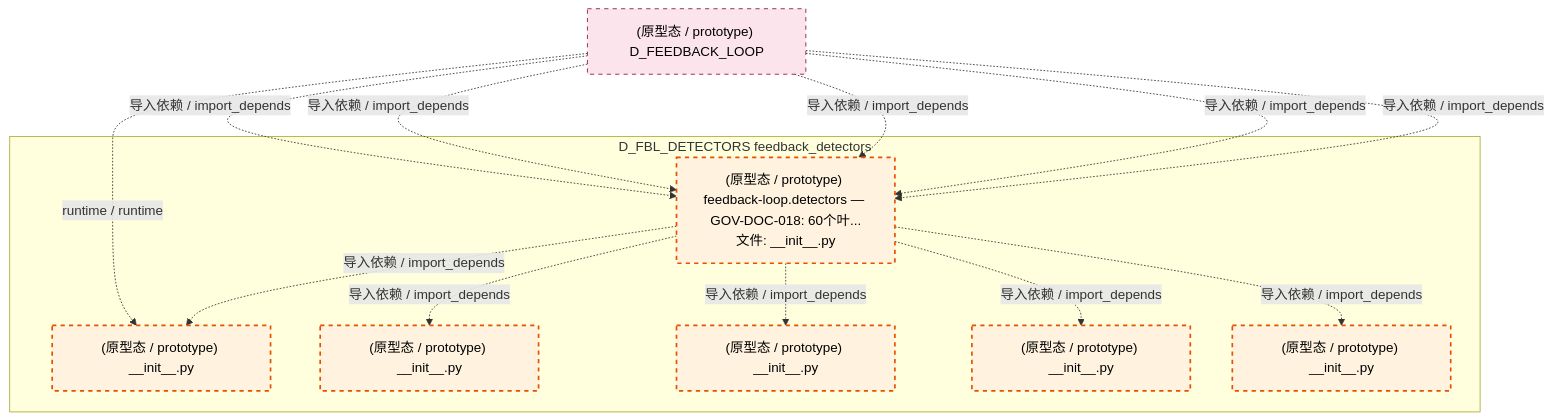
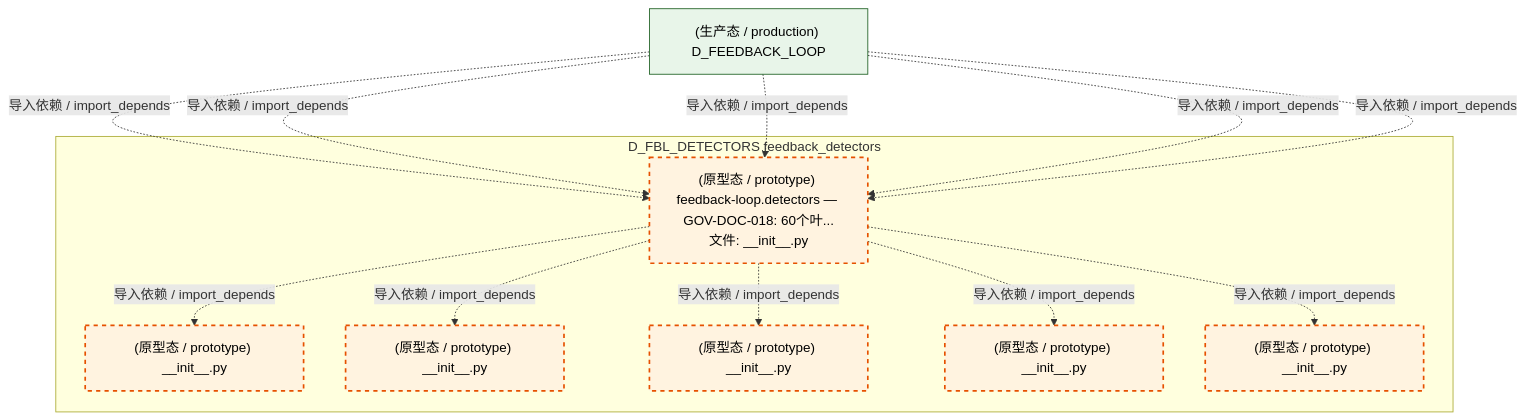
One commit to xuanFelixVan/ZephyrAlpha changed the fifth of 6 diagrams in docs/02_enterprise_architecture/02_domain_architecture_docs/11_d_fbl_detectors.md. Above: the diagram before and after it, drawn with Mermaid. The commit also changed other lines of this file and 103 other files, not shown here.

````diff
--- a/docs/02_enterprise_architecture/02_domain_architecture_docs/11_d_fbl_detectors.md
+++ b/docs/02_enterprise_architecture/02_domain_architecture_docs/11_d_fbl_detectors.md
@@ -337,29 +336,28 @@
 ```mermaid
 graph TD
     subgraph D_FBL_DETECTORS["D_FBL_DETECTORS feedback_detectors"]
         src_zephyr_feedback_loop_detectors_init_py["(原型态 / prototype) feedback-loop.detectors — GOV-DOC-018: 60个叶...<br/>文件: __init__.py"]
         src_zephyr_feedback_loop_detectors_anomaly_init_py["(原型态 / prototype) __init__.py"]
         src_zephyr_feedback_loop_detectors_correlation_init_py["(原型态 / prototype) __init__.py"]
         src_zephyr_feedback_loop_detectors_drift_init_py["(原型态 / prototype) __init__.py"]
         src_zephyr_feedback_loop_detectors_guard_init_py["(原型态 / prototype) __init__.py"]
         src_zephyr_feedback_loop_detectors_reliability_init_py["(原型态 / prototype) __init__.py"]
     end
     src_zephyr_feedback_loop_detectors_init_py -.->|导入依赖 / import_depends| src_zephyr_feedback_loop_detectors_anomaly_init_py
     src_zephyr_feedback_loop_detectors_init_py -.->|导入依赖 / import_depends| src_zephyr_feedback_loop_detectors_correlation_init_py
     src_zephyr_feedback_loop_detectors_init_py -.->|导入依赖 / import_depends| src_zephyr_feedback_loop_detectors_drift_init_py
     src_zephyr_feedback_loop_detectors_init_py -.->|导入依赖 / import_depends| src_zephyr_feedback_loop_detectors_guard_init_py
     src_zephyr_feedback_loop_detectors_init_py -.->|导入依赖 / import_depends| src_zephyr_feedback_loop_detectors_reliability_init_py
-    D_FEEDBACK_LOOP["(原型态 / prototype) D_FEEDBACK_LOOP"]
-    D_FEEDBACK_LOOP -.->|runtime / runtime| src_zephyr_feedback_loop_detectors_anomaly_init_py
+    D_FEEDBACK_LOOP["(生产态 / production) D_FEEDBACK_LOOP"]
     D_FEEDBACK_LOOP -.->|导入依赖 / import_depends| src_zephyr_feedback_loop_detectors_init_py
     D_FEEDBACK_LOOP -.->|导入依赖 / import_depends| src_zephyr_feedback_loop_detectors_init_py
     D_FEEDBACK_LOOP -.->|导入依赖 / import_depends| src_zephyr_feedback_loop_detectors_init_py
     D_FEEDBACK_LOOP -.->|导入依赖 / import_depends| src_zephyr_feedback_loop_detectors_init_py
     D_FEEDBACK_LOOP -.->|导入依赖 / import_depends| src_zephyr_feedback_loop_detectors_init_py
     classDef production fill:#e1f5fe,stroke:#01579b,stroke-width:2px,color:#000
     classDef design fill:#fff3e0,stroke:#e65100,stroke-width:2px,color:#000,stroke-dasharray: 5 5
     classDef external_prod fill:#e8f5e9,stroke:#1b5e20,stroke-width:1px,color:#000
     classDef external_design fill:#fce4ec,stroke:#880e4f,stroke-width:1px,color:#000,stroke-dasharray: 5 5
     class src_zephyr_feedback_loop_detectors_init_py,src_zephyr_feedback_loop_detectors_anomaly_init_py,src_zephyr_feedback_loop_detectors_correlation_init_py,src_zephyr_feedback_loop_detectors_drift_init_py,src_zephyr_feedback_loop_detectors_guard_init_py,src_zephyr_feedback_loop_detectors_reliability_init_py design
-    class D_FEEDBACK_LOOP external_design
+    class D_FEEDBACK_LOOP external_prod
 ```
````
